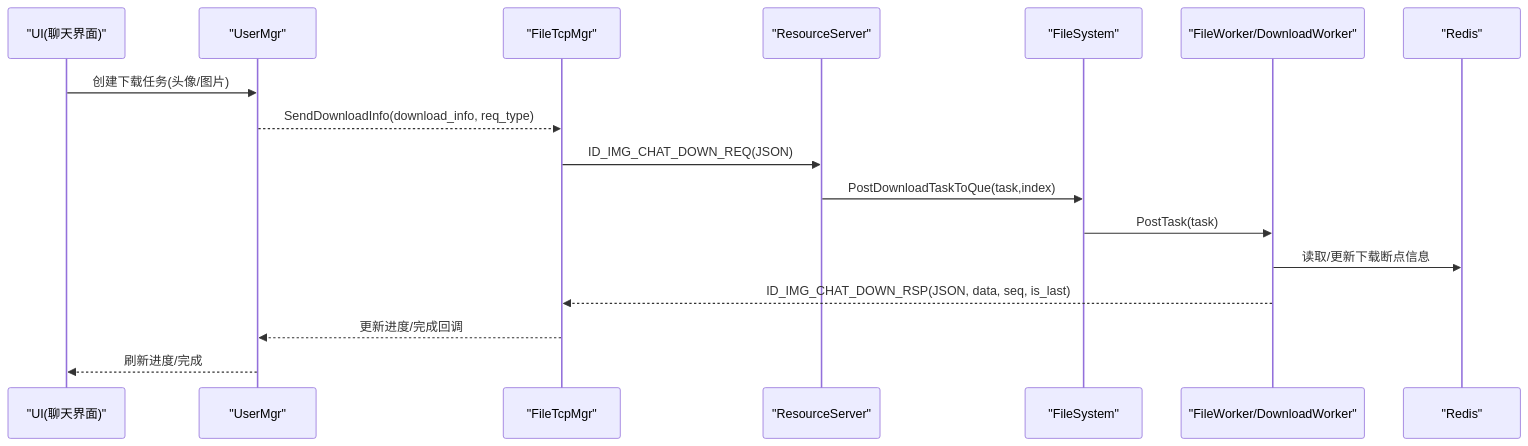
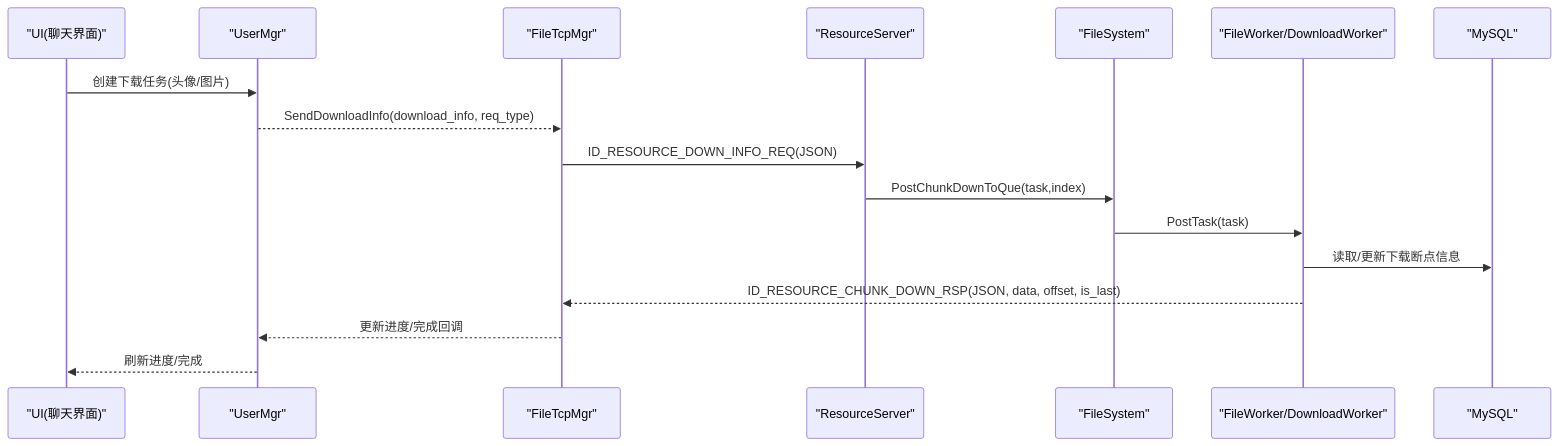
One commit to echo9923/mychatter changed the second of 8 diagrams in .qoder/repowiki/zh/content/核心功能模块/文件传输系统/文件传输系统.md. Above: the diagram before and after it, drawn with Mermaid. The commit also changed other lines of this file and 132 other files, not shown here.

````diff
--- a/.qoder/repowiki/zh/content/核心功能模块/文件传输系统/文件传输系统.md
+++ b/.qoder/repowiki/zh/content/核心功能模块/文件传输系统/文件传输系统.md
@@ -115,19 +128,19 @@
 ```mermaid
 sequenceDiagram
 participant UI as "UI(聊天界面)"
 participant UM as "UserMgr"
 participant FT as "FileTcpMgr"
 participant RS as "ResourceServer"
 participant FS as "FileSystem"
 participant FW as "FileWorker/DownloadWorker"
-participant RD as "Redis"
+participant RD as "MySQL"
 UI->>UM : 创建下载任务(头像/图片)
 UM-->>FT : SendDownloadInfo(download_info, req_type)
-FT->>RS : ID_IMG_CHAT_DOWN_REQ(JSON)
-RS->>FS : PostDownloadTaskToQue(task,index)
+FT->>RS : ID_RESOURCE_DOWN_INFO_REQ(JSON)
+RS->>FS : PostChunkDownToQue(task,index)
 FS->>FW : PostTask(task)
 FW->>RD : 读取/更新下载断点信息
-FW-->>FT : ID_IMG_CHAT_DOWN_RSP(JSON, data, seq, is_last)
+FW-->>FT : ID_RESOURCE_CHUNK_DOWN_RSP(JSON, data, offset, is_last)
 FT-->>UM : 更新进度/完成回调
 UM-->>UI : 刷新进度/完成
 ```
````
